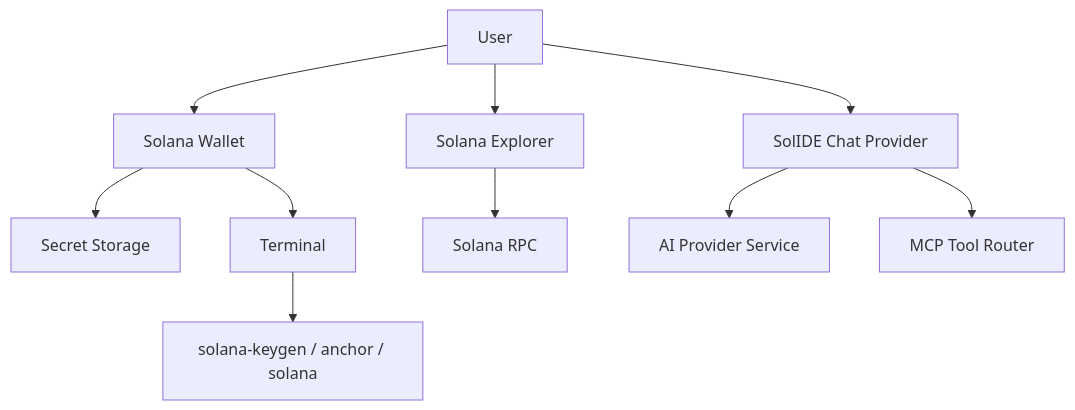
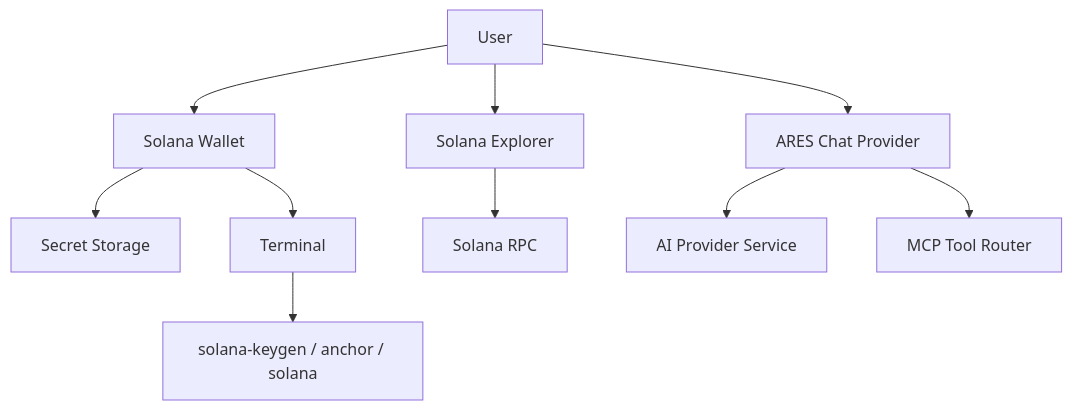
The diagram in daemon-IDE-threat-model-B.md (agentic-reserve/daemon-IDE), drawn with Mermaid before and after one commit. The commit also changed other lines of this file and 59 other files, not shown here.

````diff
--- a/daemon-IDE-threat-model-B.md
+++ b/daemon-IDE-threat-model-B.md
@@ -50,12 +50,12 @@
 ```mermaid
 flowchart TD
 U["User"] --> W["Solana Wallet"]
 W --> SS["Secret Storage"]
 W --> T["Terminal"]
 T --> CLI["solana-keygen / anchor / solana"]
 U --> E["Solana Explorer"]
 E --> RPC["Solana RPC"]
-U --> C["SolIDE Chat Provider"]
+U --> C["ARES Chat Provider"]
 C --> A["AI Provider Service"]
 C --> R["MCP Tool Router"]
 ```
````
